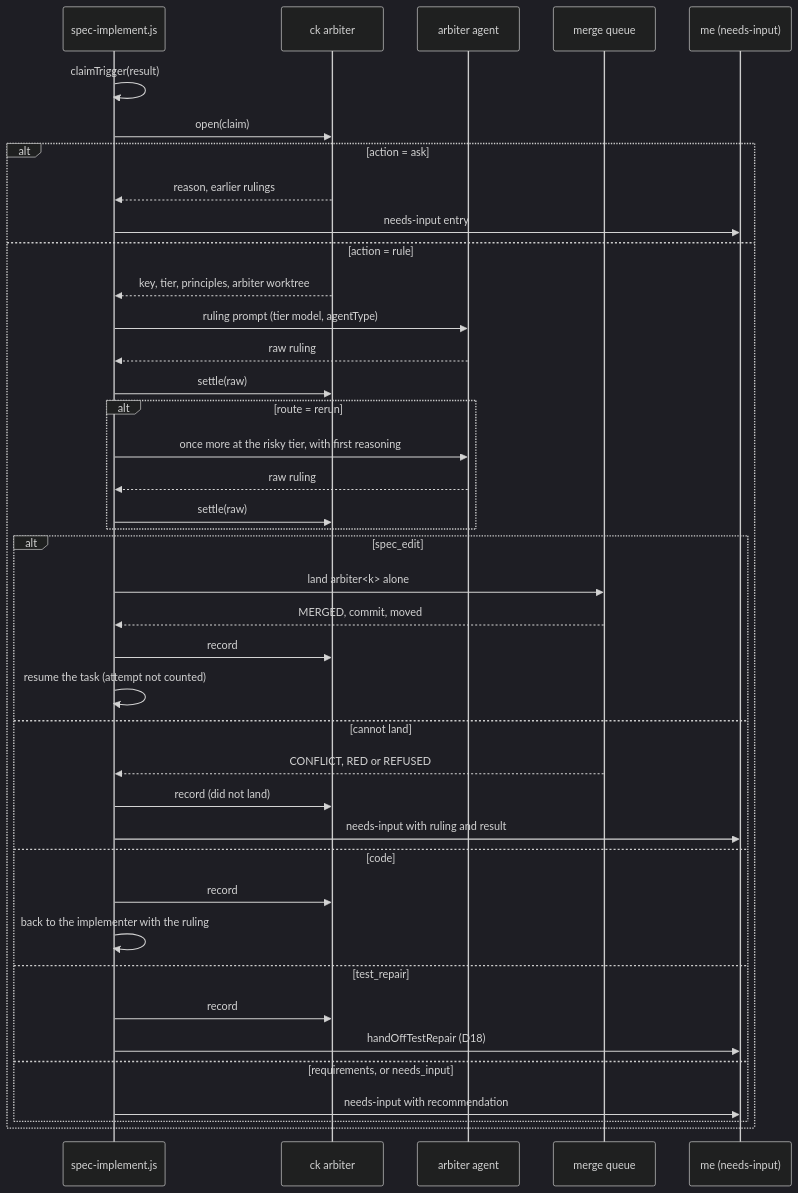
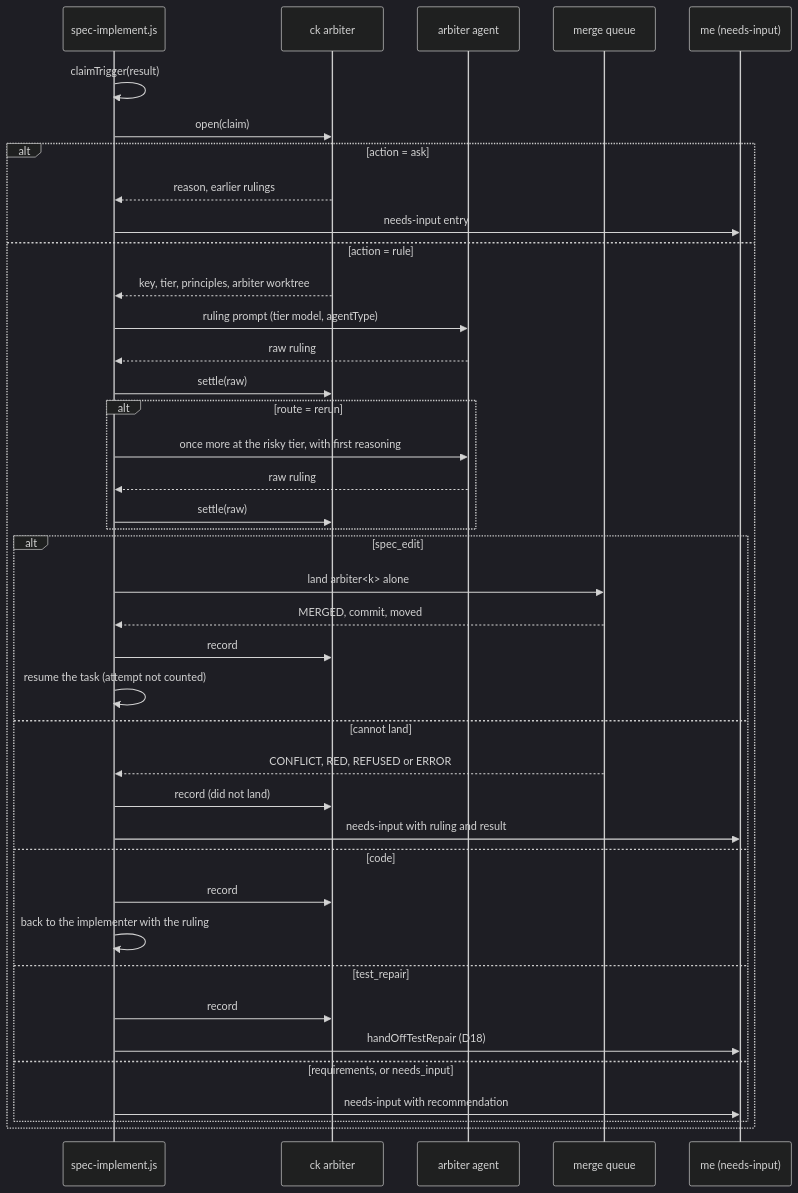
Before and after one commit to kutlayhanli/claude-kiro: the first of 2 diagrams in specs/run-principles/design.md, drawn with Mermaid (dark theme). The commit also changed other lines of this file and 5 other files, not shown here.

````diff
--- a/specs/run-principles/design.md
+++ b/specs/run-principles/design.md
@@ -570,42 +570,42 @@
 ```mermaid
 sequenceDiagram
     participant W as spec-implement.js
     participant A as ck arbiter
     participant J as arbiter agent
     participant Q as merge queue
     participant M as me (needs-input)
     W->>W: claimTrigger(result)
     W->>A: open(claim)
     alt action = ask
         A-->>W: reason, earlier rulings
         W->>M: needs-input entry
     else action = rule
         A-->>W: key, tier, principles, arbiter worktree
         W->>J: ruling prompt (tier model, agentType)
         J-->>W: raw ruling
         W->>A: settle(raw)
         alt route = rerun
             W->>J: once more at the risky tier, with first reasoning
             J-->>W: raw ruling
             W->>A: settle(raw)
         end
         alt spec_edit
             W->>Q: land arbiter<k> alone
             Q-->>W: MERGED, commit, moved
             W->>A: record
             W->>W: resume the task (attempt not counted)
         else cannot land
-            Q-->>W: CONFLICT, RED or REFUSED
+            Q-->>W: CONFLICT, RED, REFUSED or ERROR
             W->>A: record (did not land)
             W->>M: needs-input with ruling and result
         else code
             W->>A: record
             W->>W: back to the implementer with the ruling
         else test_repair
             W->>A: record
             W->>M: handOffTestRepair (D18)
         else requirements, or needs_input
             W->>M: needs-input with recommendation
         end
     end
 ```
````
